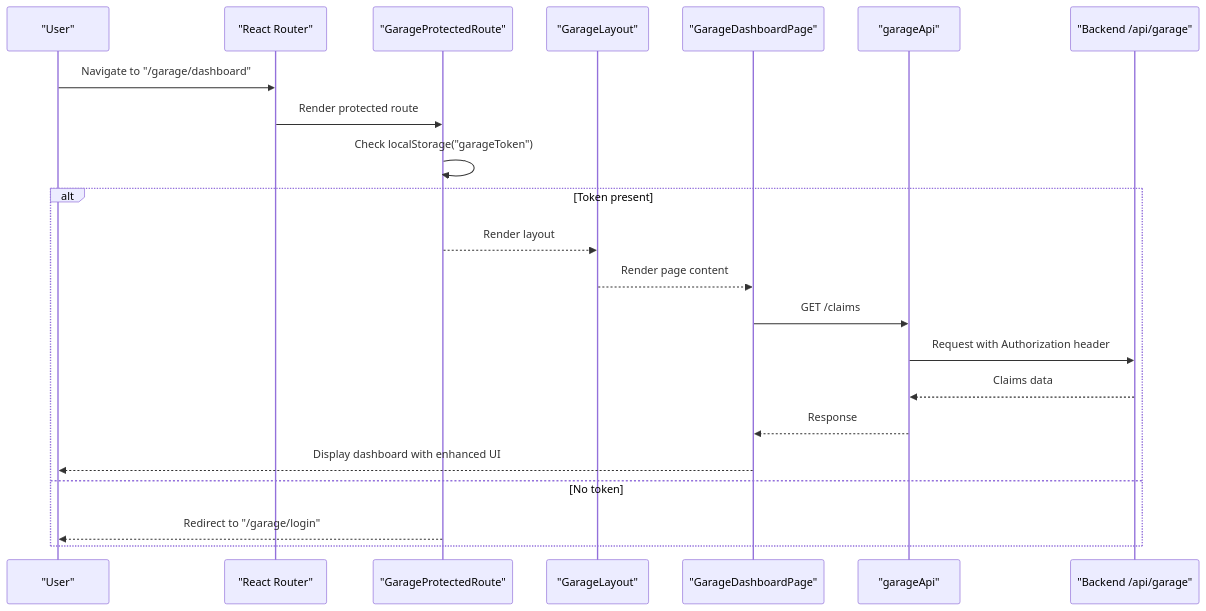
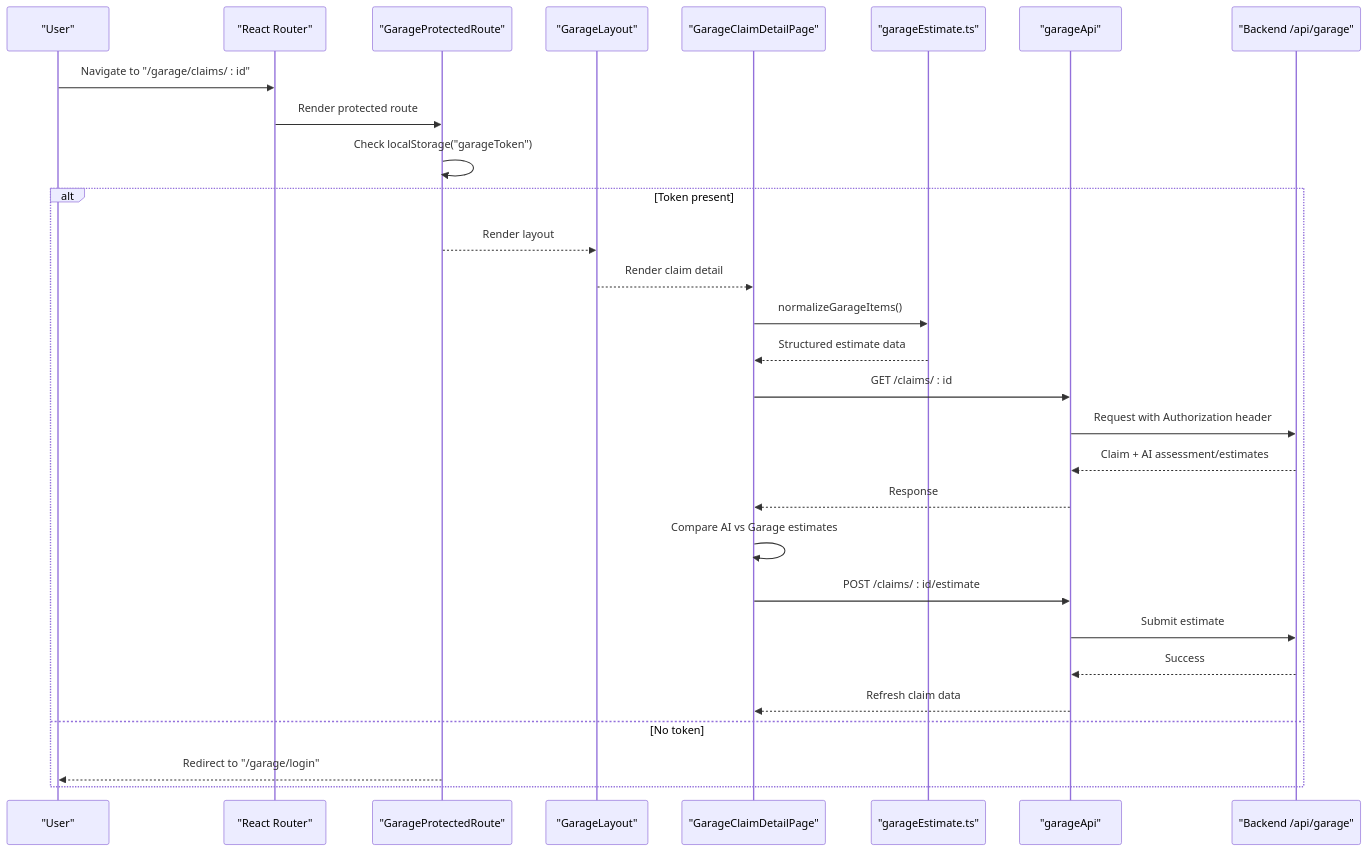
Before and after one commit to NaveenHiranya/Smart-Vehicle-Insurance-Claim-System: the second of 9 diagrams in .qoder/repowiki/en/content/Frontend Documentation/Garage Frontend Interface.md, drawn with Mermaid. The commit also changed other lines of this file and 33 other files, not shown here.

````diff
--- a/.qoder/repowiki/en/content/Frontend Documentation/Garage Frontend Interface.md
+++ b/.qoder/repowiki/en/content/Frontend Documentation/Garage Frontend Interface.md
@@ -96,24 +103,31 @@
 ```mermaid
 sequenceDiagram
 participant U as "User"
 participant R as "React Router"
 participant GPR as "GarageProtectedRoute"
 participant GL as "GarageLayout"
-participant GP as "GarageDashboardPage"
+participant GCD as "GarageClaimDetailPage"
+participant GEU as "garageEstimate.ts"
 participant GA as "garageApi"
 participant BE as "Backend /api/garage"
-U->>R : Navigate to "/garage/dashboard"
+U->>R : Navigate to "/garage/claims/ : id"
 R->>GPR : Render protected route
 GPR->>GPR : Check localStorage("garageToken")
 alt Token present
 GPR-->>GL : Render layout
-GL-->>GP : Render page content
-GP->>GA : GET /claims
+GL-->>GCD : Render claim detail
+GCD->>GEU : normalizeGarageItems()
+GEU-->>GCD : Structured estimate data
+GCD->>GA : GET /claims/ : id
 GA->>BE : Request with Authorization header
-BE-->>GA : Claims data
-GA-->>GP : Response
-GP-->>U : Display dashboard with enhanced UI
+BE-->>GA : Claim + AI assessment/estimates
+GA-->>GCD : Response
+GCD->>GCD : Compare AI vs Garage estimates
+GCD->>GA : POST /claims/ : id/estimate
+GA->>BE : Submit estimate
+BE-->>GA : Success
+GA-->>GCD : Refresh claim data
 else No token
 GPR-->>U : Redirect to "/garage/login"
 end
 ```
````
